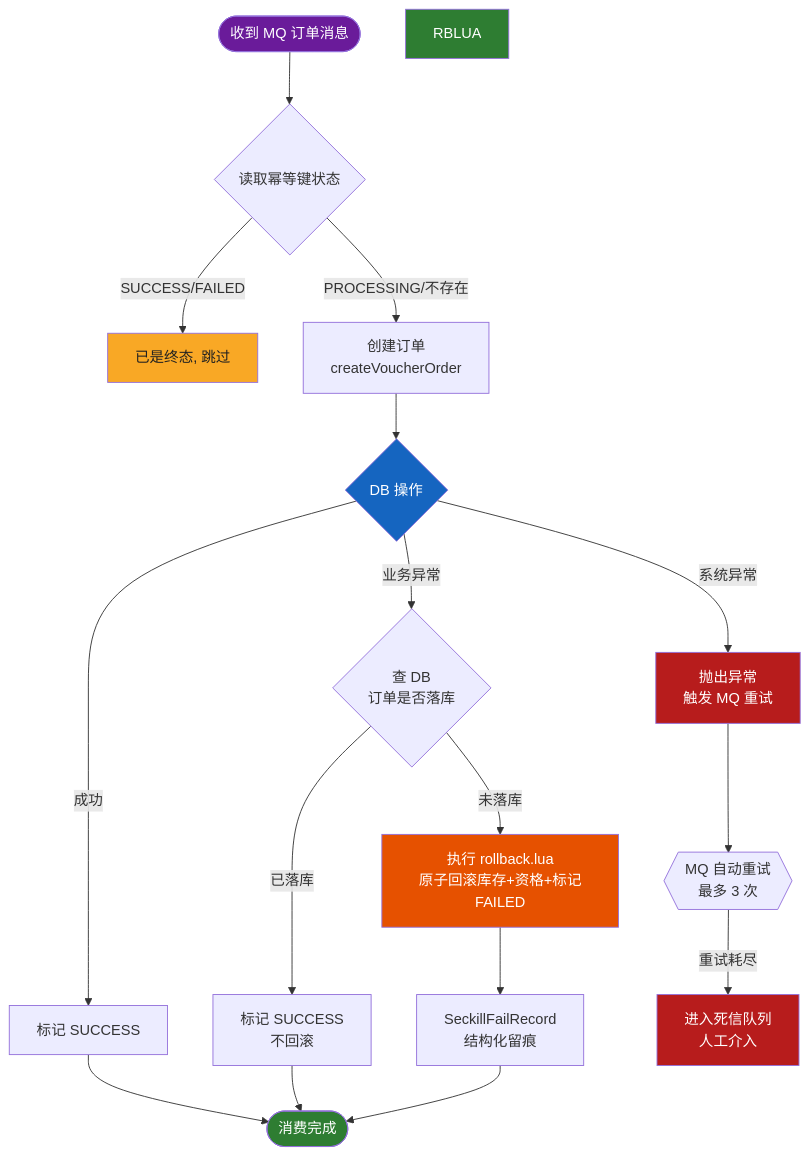
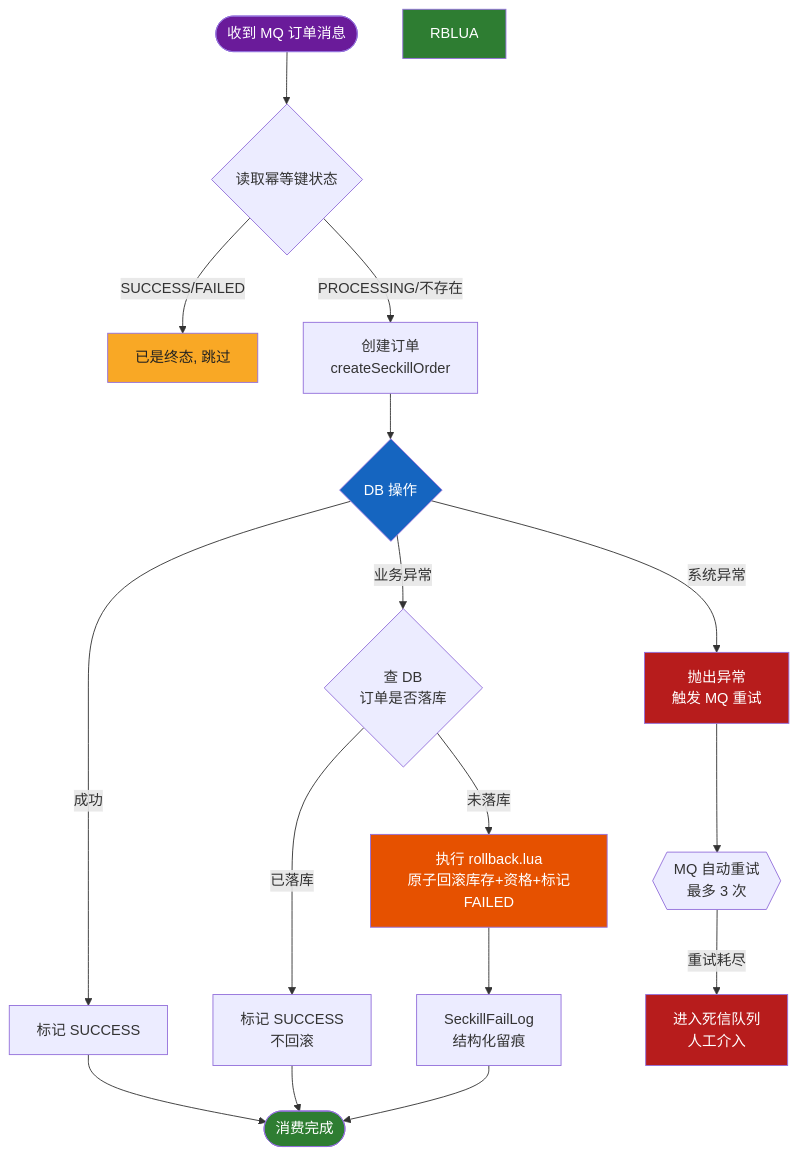
One commit to Shardkiht/FlashDeal changed the third of 3 diagrams in README.md. Above: the diagram before and after it, drawn with Mermaid. The commit also changed other lines of this file and 21 other files, not shown here.

````diff
--- a/README.md
+++ b/README.md
@@ -183,30 +183,30 @@
 ```mermaid
 flowchart TD
     MSG([收到 MQ 订单消息]) --> STATUS{读取幂等键状态}
     STATUS -->|SUCCESS/FAILED| SKIP[已是终态, 跳过]
-    STATUS -->|PROCESSING/不存在| CREATE[创建订单<br/>createVoucherOrder]
+    STATUS -->|PROCESSING/不存在| CREATE[创建订单<br/>createSeckillOrder]
 
     CREATE --> DBSAVE{DB 操作}
     DBSAVE -->|成功| MARK[标记 SUCCESS]
     MARK --> DONE([消费完成])
 
     DBSAVE -->|业务异常| CHECK{查 DB<br/>订单是否落库}
     CHECK -->|已落库| MARK2[标记 SUCCESS<br/>不回滚]
     MARK2 --> DONE
     CHECK -->|未落库| RBLUA2[执行 rollback.lua<br/>原子回滚库存+资格+标记FAILED]
-    RBLUA2 --> RECORD[SeckillFailRecord<br/>结构化留痕]
+    RBLUA2 --> RECORD[SeckillFailLog<br/>结构化留痕]
     RECORD --> DONE
 
     DBSAVE -->|系统异常| THROW1[抛出异常<br/>触发 MQ 重试]
     THROW1 --> RETRY{{MQ 自动重试<br/>最多 3 次}}
     RETRY -->|重试耗尽| DLQ[进入死信队列<br/>人工介入]
 
     style MSG fill:#6a1b9a,color:#fff
     style DONE fill:#2e7d32,color:#fff
     style SKIP fill:#f9a825,color:#212121
     style THROW1 fill:#b71c1c,color:#fff
     style DLQ fill:#b71c1c,color:#fff
     style RBLUA fill:#2e7d32,color:#fff
     style RBLUA2 fill:#e65100,color:#fff
     style DBSAVE fill:#1565c0,color:#fff
 ```
````
